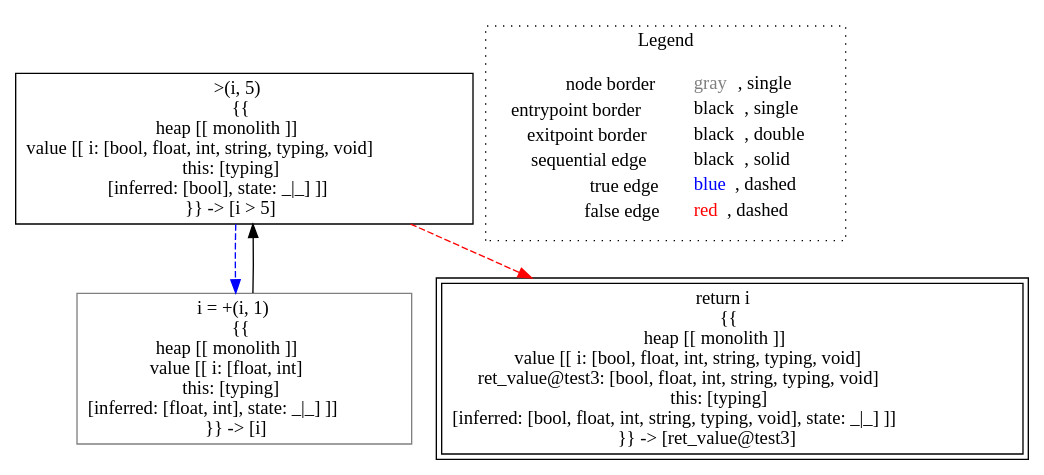
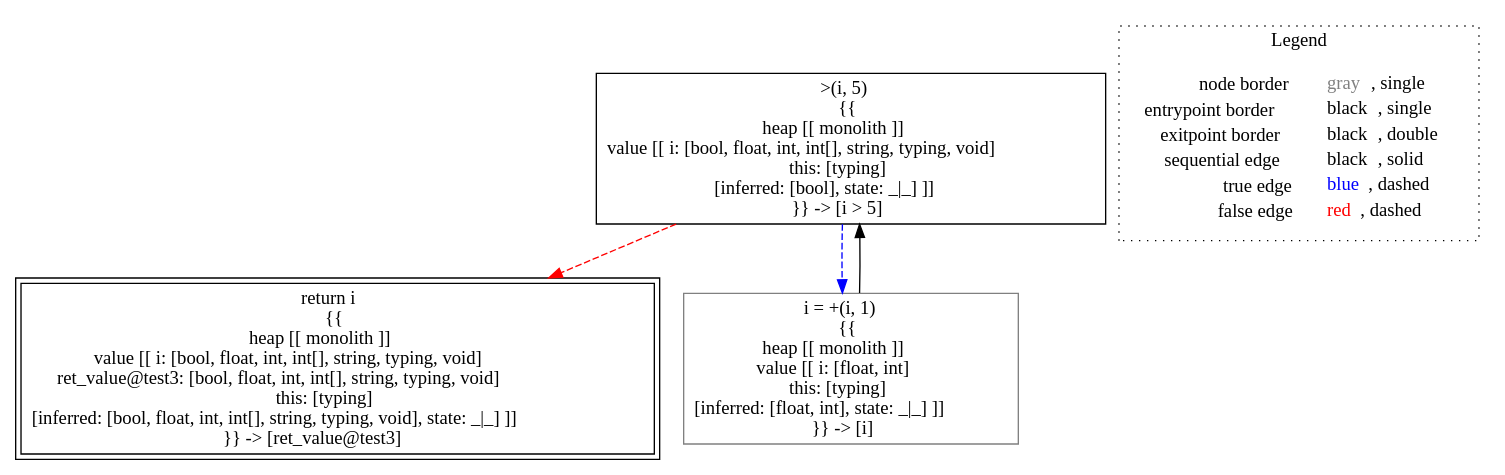
One commit to lisa-analyzer/lisa changed the diagram in lisa/imp-testcases/type-inference/typing___untyped_typing.test3(typing_this,_untyped_i).dot. Above: the diagram before and after it, drawn with Graphviz. The commit also changed 8 other files, not shown here.

Commit message:
#95 simple typing test, fixed monolithic rewriting for heap dereference

```diff
--- a/lisa/imp-testcases/type-inference/typing___untyped_typing.test3(typing_this,_untyped_i).dot
+++ b/lisa/imp-testcases/type-inference/typing___untyped_typing.test3(typing_this,_untyped_i).dot
@@ -1,15 +1,15 @@
 digraph {
-	"node0" [shape="rect",color="black",label=<&gt;(i, 5)<BR/>{{<BR/>heap [[ monolith ]]<BR/>value [[ i: [bool, float, int, string, typing, void]<BR/>this: [typing]<BR/>[inferred: [bool], state: _|_] ]]<BR/>}} -&gt; [i &gt; 5]>];
-	"node1" [shape="rect",color="gray",label=<i = +(i, 1)<BR/>{{<BR/>heap [[ monolith ]]<BR/>value [[ i: [float, int]<BR/>this: [typing]<BR/>[inferred: [float, int], state: _|_] ]]<BR/>}} -&gt; [i]>];
-	"node2" [shape="rect",color="black",peripheries="2",label=<return i<BR/>{{<BR/>heap [[ monolith ]]<BR/>value [[ i: [bool, float, int, string, typing, void]<BR/>ret_value@test3: [bool, float, int, string, typing, void]<BR/>this: [typing]<BR/>[inferred: [bool, float, int, string, typing, void], state: _|_] ]]<BR/>}} -&gt; [ret_value@test3]>];
-	"node0" -> "node1" [color="blue",style="dashed"];
-	"node0" -> "node2" [color="red",style="dashed"];
-	"node1" -> "node0" [color="black"];
+	"node0" [shape="rect",color="black",label=<&gt;(i, 5)<BR/>{{<BR/>heap [[ monolith ]]<BR/>value [[ i: [bool, float, int, int[], string, typing, void]<BR/>this: [typing]<BR/>[inferred: [bool], state: _|_] ]]<BR/>}} -&gt; [i &gt; 5]>];
+	"node1" [shape="rect",color="black",peripheries="2",label=<return i<BR/>{{<BR/>heap [[ monolith ]]<BR/>value [[ i: [bool, float, int, int[], string, typing, void]<BR/>ret_value@test3: [bool, float, int, int[], string, typing, void]<BR/>this: [typing]<BR/>[inferred: [bool, float, int, int[], string, typing, void], state: _|_] ]]<BR/>}} -&gt; [ret_value@test3]>];
+	"node2" [shape="rect",color="gray",label=<i = +(i, 1)<BR/>{{<BR/>heap [[ monolith ]]<BR/>value [[ i: [float, int]<BR/>this: [typing]<BR/>[inferred: [float, int], state: _|_] ]]<BR/>}} -&gt; [i]>];
+	"node0" -> "node1" [color="red",style="dashed"];
+	"node0" -> "node2" [color="blue",style="dashed"];
+	"node2" -> "node0" [color="black"];
 subgraph cluster_legend {
 	label="Legend";
 	style=dotted;
 	node [shape=plaintext];
 	"legend" [label=<<table border="0" cellpadding="2" cellspacing="0" cellborder="0"><tr><td align="right">node border&nbsp;</td><td align="left"><font color="gray">gray</font>, single</td></tr><tr><td align="right">entrypoint border&nbsp;</td><td align="left"><font color="black">black</font>, single</td></tr><tr><td align="right">exitpoint border&nbsp;</td><td align="left"><font color="black">black</font>, double</td></tr><tr><td align="right">sequential edge&nbsp;</td><td align="left"><font color="black">black</font>, solid</td></tr><tr><td align="right">true edge&nbsp;</td><td align="left"><font color="blue">blue</font>, dashed</td></tr><tr><td align="right">false edge&nbsp;</td><td align="left"><font color="red">red</font>, dashed</td></tr></table>>];
 }
 
 }
```
